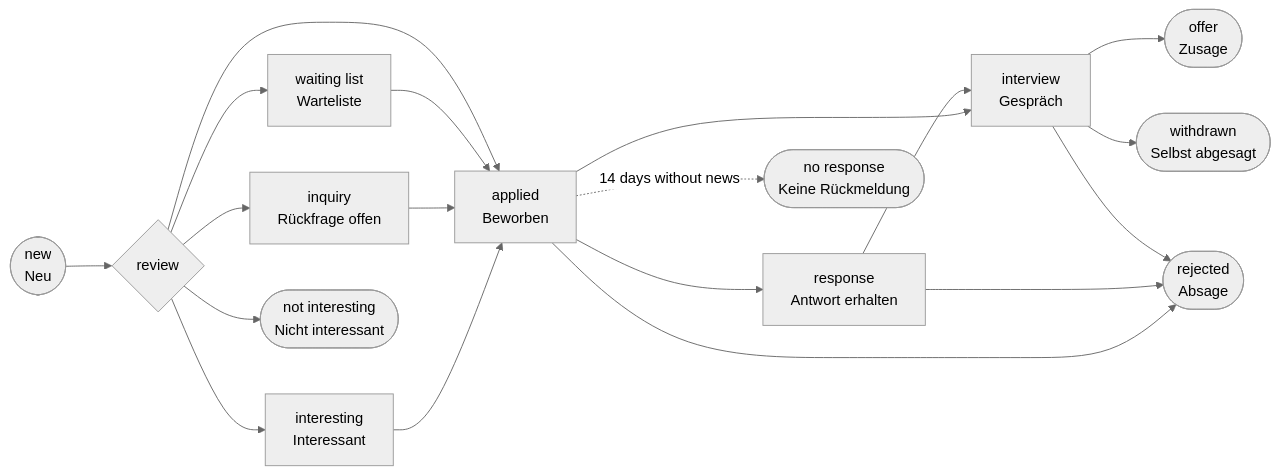
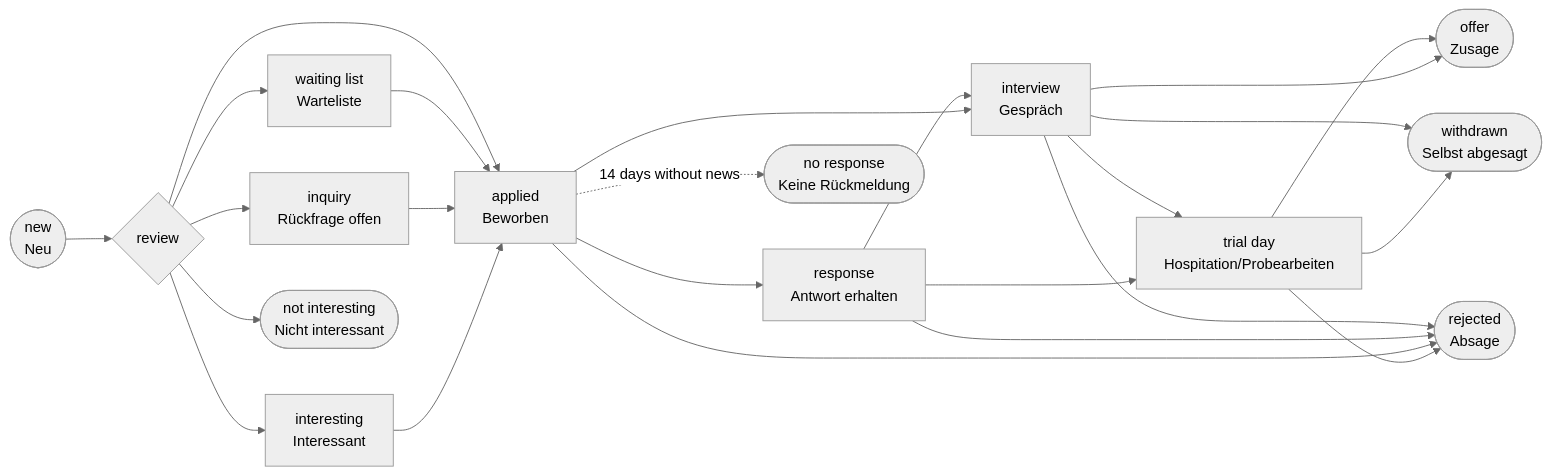
Before and after one commit to cheeezis/job_finder: the first of 2 diagrams in docs/usage.md, drawn with Mermaid (neutral theme). The commit also changed other lines of this file and 16 other files, not shown here.

First line of the commit message:
feat: trial-day status for applications and a funnel on the applications page

````diff
--- a/docs/usage.md
+++ b/docs/usage.md
@@ -140,21 +140,26 @@
 ```mermaid
 flowchart LR
     new([new<br/>Neu]) --> decide{review}
     decide --> interesting[interesting<br/>Interessant]
     decide --> inquiry[inquiry<br/>Rückfrage offen]
     decide --> waiting[waiting list<br/>Warteliste]
     decide --> ignored([not interesting<br/>Nicht interessant])
     interesting --> applied
     inquiry --> applied
     waiting --> applied
     decide --> applied[applied<br/>Beworben]
     applied --> response[response<br/>Antwort erhalten]
     applied --> interview[interview<br/>Gespräch]
     response --> interview
     interview --> offer([offer<br/>Zusage])
+    response --> trial[trial day<br/>Hospitation/Probearbeiten]
+    interview --> trial
+    trial --> offer
+    trial --> rejected
+    trial --> withdrawn
     applied --> rejected([rejected<br/>Absage])
     response --> rejected
     interview --> rejected
     applied -. 14 days without news .-> noresponse([no response<br/>Keine Rückmeldung])
     interview --> withdrawn([withdrawn<br/>Selbst abgesagt])
 ```
````
